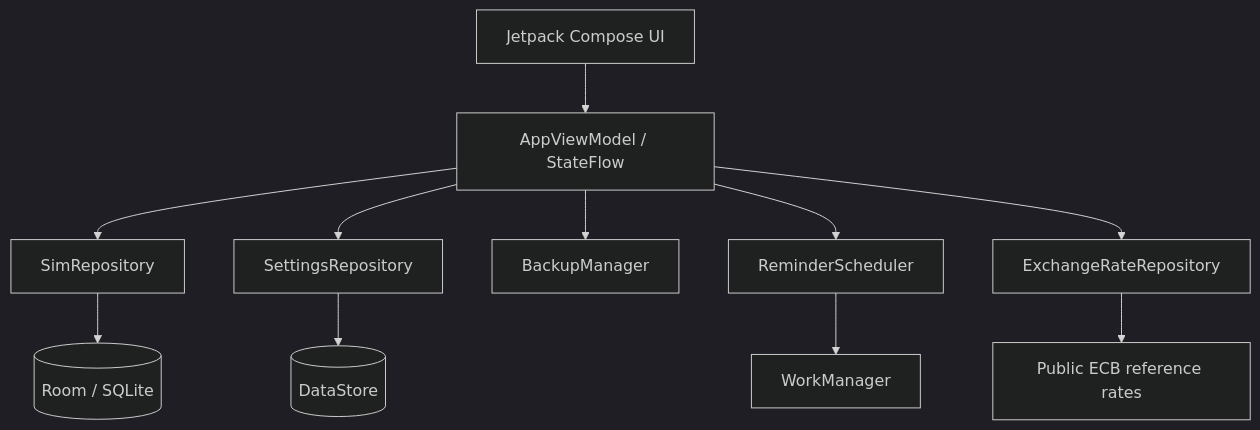
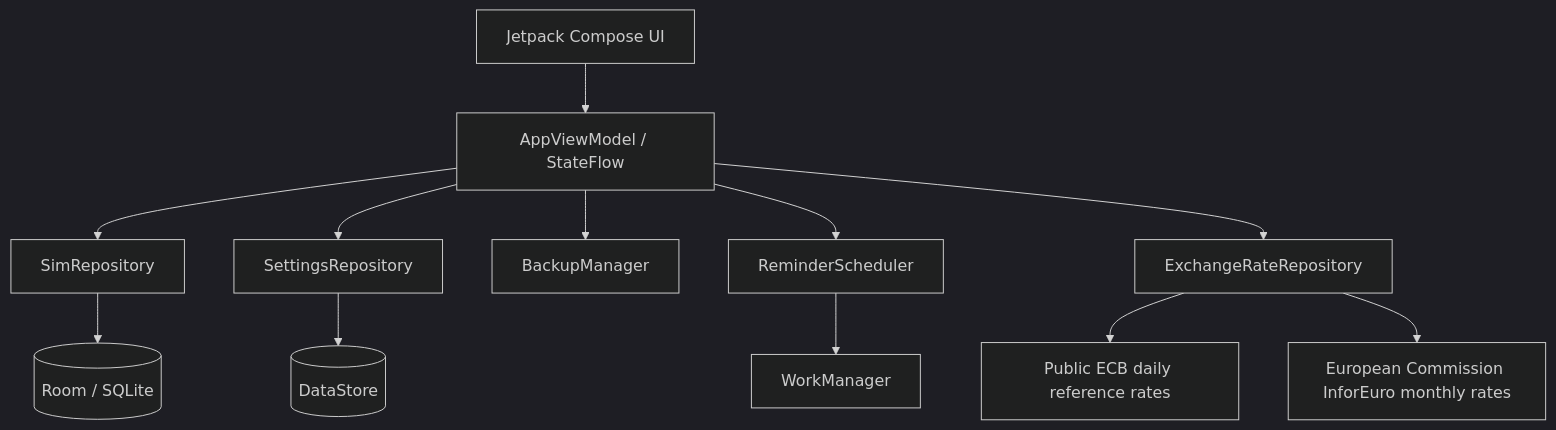
Before and after one commit to mibgb65-cloud/OmniSIM: the diagram in README_EN.md, drawn with Mermaid (dark theme). The commit also changed other lines of this file and 34 other files, not shown here.

````diff
--- a/README_EN.md
+++ b/README_EN.md
@@ -106,13 +106,14 @@
 ```mermaid
 flowchart TD
     UI[Jetpack Compose UI] --> VM[AppViewModel / StateFlow]
     VM --> SIM[SimRepository]
     VM --> SETTINGS[SettingsRepository]
     VM --> BACKUP[BackupManager]
     VM --> REMINDER[ReminderScheduler]
     SIM --> ROOM[(Room / SQLite)]
     SETTINGS --> DATASTORE[(DataStore)]
     REMINDER --> WORK[WorkManager]
     VM --> RATE[ExchangeRateRepository]
-    RATE --> ECB[Public ECB reference rates]
+    RATE --> ECB[Public ECB daily reference rates]
+    RATE --> EUFX[European Commission InforEuro monthly rates]
 ```
````
